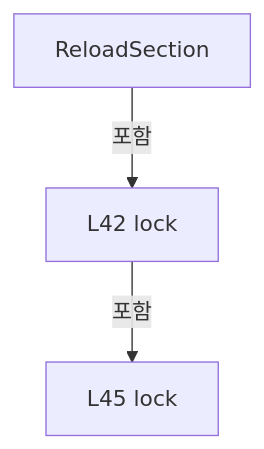
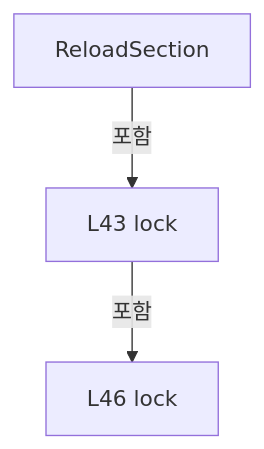
The second of 11 diagrams in A3 LD Code Ref/files/Drilling.Common/Managers/CSettingManager.cs.md (kjuws10-rgb/Shared), drawn with Mermaid before and after one commit. The commit also changed other lines of this file and 2071 other files, not shown here.

Commit message:
docs(a3): update 11.19.0 architecture and code reference

````diff
--- a/A3 LD Code Ref/files/Drilling.Common/Managers/CSettingManager.cs.md
+++ b/A3 LD Code Ref/files/Drilling.Common/Managers/CSettingManager.cs.md
@@ -518,8 +518,8 @@
 ```mermaid
 flowchart TD
  M["ReloadSection"]
- N0["L42 lock"]
+ N0["L43 lock"]
  M -->|포함| N0
- N1["L45 lock"]
+ N1["L46 lock"]
  N0 -->|포함| N1
 ```
````
